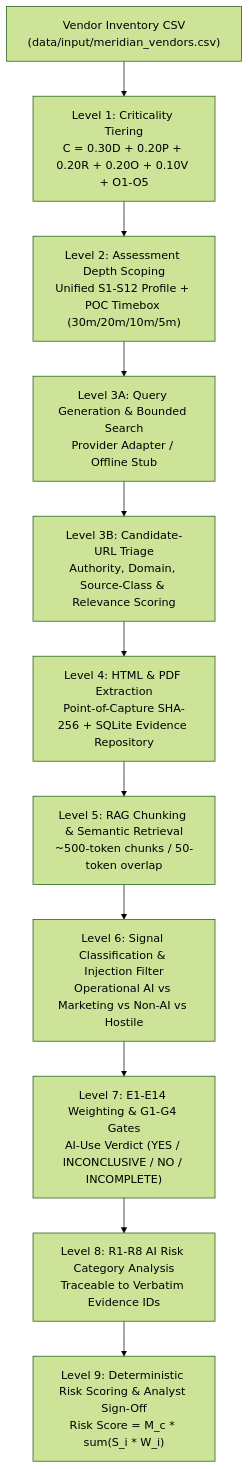
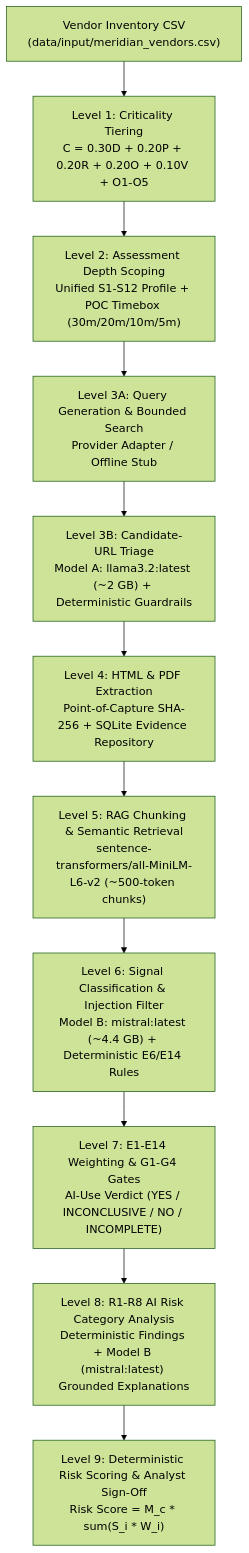
One commit to shivanshu-singh-dev/UncoverAI changed the first of 2 diagrams in README.md. Above: the diagram before and after it, drawn with Mermaid (forest theme). The commit also changed other lines of this file and 20 other files, not shown here.

````diff
--- a/README.md
+++ b/README.md
@@ -40,13 +40,13 @@
 ```mermaid
 flowchart TD
     V["Vendor Inventory CSV\n(data/input/meridian_vendors.csv)"] --> L1["Level 1: Criticality Tiering\nC = 0.30D + 0.20P + 0.20R + 0.20O + 0.10V + O1-O5"]
     L1 --> L2["Level 2: Assessment Depth Scoping\nUnified S1-S12 Profile + POC Timebox (30m/20m/10m/5m)"]
     L2 --> L3A["Level 3A: Query Generation & Bounded Search\nProvider Adapter / Offline Stub"]
-    L3A --> L3B["Level 3B: Candidate-URL Triage\nAuthority, Domain, Source-Class & Relevance Scoring"]
+    L3A --> L3B["Level 3B: Candidate-URL Triage\nModel A: llama3.2:latest (~2 GB) + Deterministic Guardrails"]
     L3B --> L4["Level 4: HTML & PDF Extraction\nPoint-of-Capture SHA-256 + SQLite Evidence Repository"]
-    L4 --> L5["Level 5: RAG Chunking & Semantic Retrieval\n~500-token chunks / 50-token overlap"]
-    L5 --> L6["Level 6: Signal Classification & Injection Filter\nOperational AI vs Marketing vs Non-AI vs Hostile"]
+    L4 --> L5["Level 5: RAG Chunking & Semantic Retrieval\nsentence-transformers/all-MiniLM-L6-v2 (~500-token chunks)"]
+    L5 --> L6["Level 6: Signal Classification & Injection Filter\nModel B: mistral:latest (~4.4 GB) + Deterministic E6/E14 Rules"]
     L6 --> L7["Level 7: E1-E14 Weighting & G1-G4 Gates\nAI-Use Verdict (YES / INCONCLUSIVE / NO / INCOMPLETE)"]
-    L7 --> L8["Level 8: R1-R8 AI Risk Category Analysis\nTraceable to Verbatim Evidence IDs"]
+    L7 --> L8["Level 8: R1-R8 AI Risk Category Analysis\nDeterministic Findings + Model B (mistral:latest) Grounded Explanations"]
     L8 --> L9["Level 9: Deterministic Risk Scoring & Analyst Sign-Off\nRisk Score = M_c * sum(S_i * W_i)"]
 ```
````
